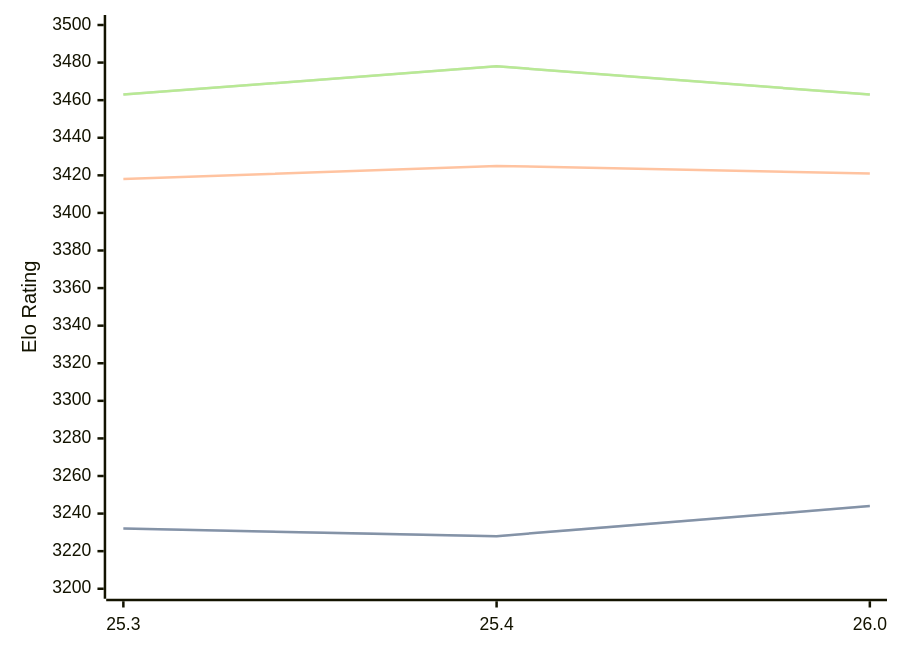
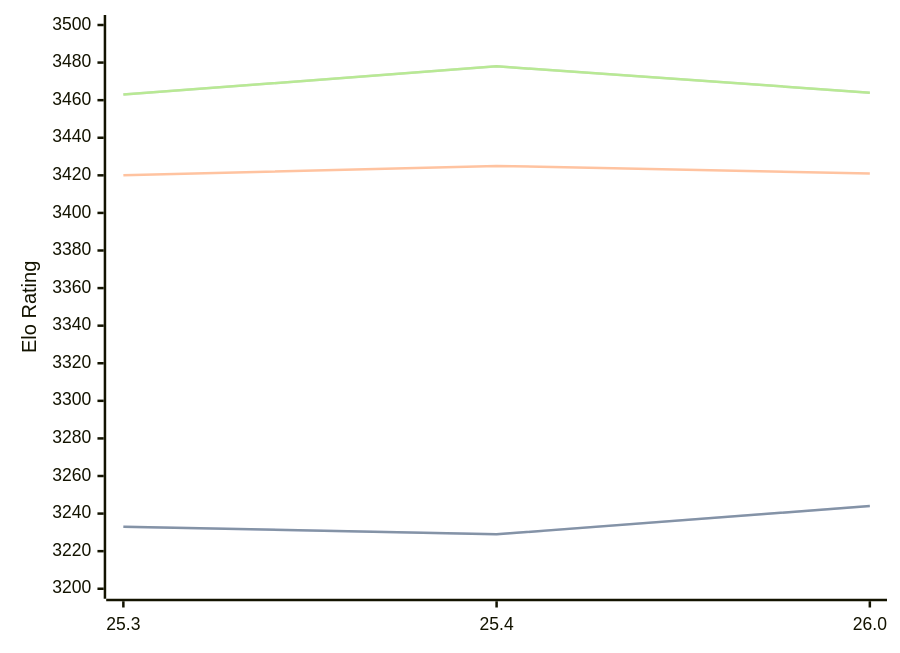
One commit to computer-chess-index/cci changed the diagram in engines/Arasan.md. Above: the diagram before and after it, drawn with Mermaid. The commit also changed other lines of this file, not shown here.

Commit message:
Update CCI Ratings (ELO VLTC) - 2026-07-31

````diff
--- a/engines/Arasan.md
+++ b/engines/Arasan.md
@@ -34,11 +34,11 @@
 ```mermaid
 %%{init: {"theme":"base","themeVariables":{"seriesColors:['#a3a3a3','#222221','#faa371']}}}%%
 xychart-beta
   x-axis ["25.3", "25.4", "26.0"]
   y-axis "Elo Rating" 3200 --> 3500
-  line "STC (8.0+0.08s)" [3232, 3228, 3244]
-  line "STC (8.0+0.08s)" [3232, 3228, 3244]
-  line "LTC (60.0+0.60s)" [3418, 3425, 3421]
-  line "VLTC (2m24s+1.12s)" [3463, 3478, 3463]
-  line "VLTC (2m24s+1.12s)" [3463, 3478, 3463]
+  line "STC (8.0+0.08s)" [3233, 3229, 3244]
+  line "STC (8.0+0.08s)" [3233, 3229, 3244]
+  line "LTC (60.0+0.60s)" [3420, 3425, 3421]
+  line "VLTC (2m24s+1.12s)" [3463, 3478, 3464]
+  line "VLTC (2m24s+1.12s)" [3463, 3478, 3464]
 ```
````
